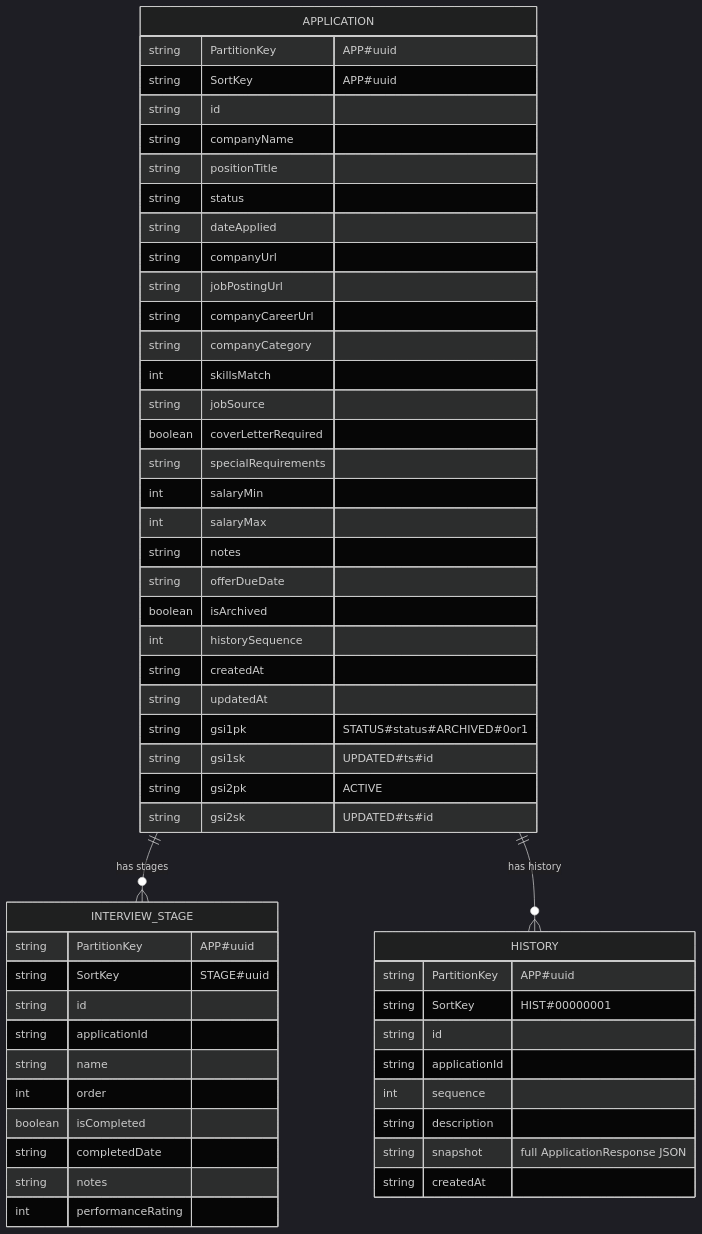
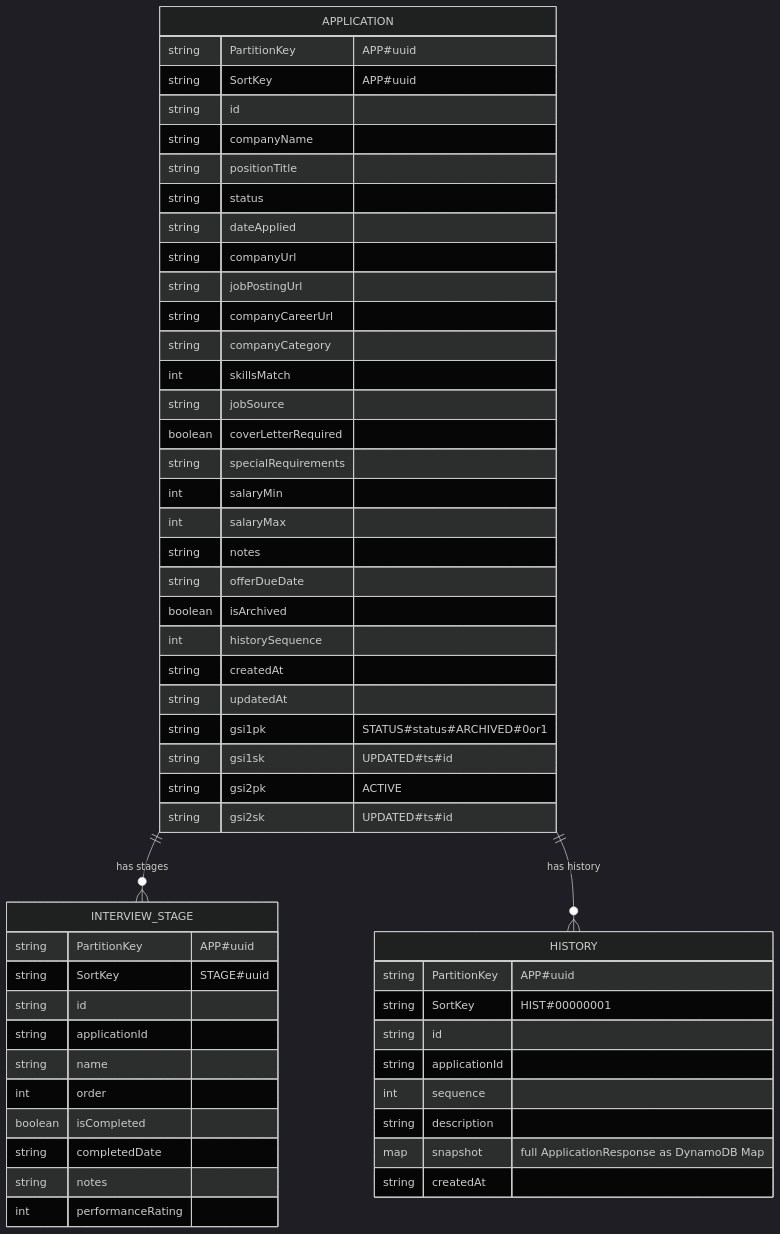
The diagram in docs/schema/lambda-api/README.md (WhatIfWeDigDeeper/application-tracker), drawn with Mermaid (dark theme) before and after one commit. The commit also changed other lines of this file and 1 other file, not shown here.

Commit message:
Address Copilot review feedback on lambda-api diagrams
- Use actual API wire values in api.mermaid enums: spaces for
  ApplicationStatus (e.g. "given offer"), hyphens for CompanyCategory
  (e.g. enterprise-software) and JobSource (e.g. company-website)
- Add ErrorDetail class to model the {field, message} shape of
  ErrorResponse.details, with ErrorResponse --> ErrorDetail relationship
- Revert snapshot attribute type from string to map in erDiagram,
  accurately reflecting DynamoDB Map storage
- Extend blockquote note to explain that 0or1 is a Mermaid-safe
  placeholder for 0|1 (pipe not allowed in quoted annotations)

````diff
--- a/docs/schema/lambda-api/README.md
+++ b/docs/schema/lambda-api/README.md
@@ -100,60 +100,60 @@
 ```mermaid
 erDiagram
 
 APPLICATION ||--o{ INTERVIEW_STAGE : "has stages"
 APPLICATION ||--o{ HISTORY : "has history"
 
 APPLICATION {
   string PartitionKey "APP#uuid"
   string SortKey "APP#uuid"
   string id
   string companyName
   string positionTitle
   string status
   string dateApplied
   string companyUrl
   string jobPostingUrl
   string companyCareerUrl
   string companyCategory
   int skillsMatch
   string jobSource
   boolean coverLetterRequired
   string specialRequirements
   int salaryMin
   int salaryMax
   string notes
   string offerDueDate
   boolean isArchived
   int historySequence
   string createdAt
   string updatedAt
   string gsi1pk "STATUS#status#ARCHIVED#0or1"
   string gsi1sk "UPDATED#ts#id"
   string gsi2pk "ACTIVE"
   string gsi2sk "UPDATED#ts#id"
 }
 
 INTERVIEW_STAGE {
   string PartitionKey "APP#uuid"
   string SortKey "STAGE#uuid"
   string id
   string applicationId
   string name
   int order
   boolean isCompleted
   string completedDate
   string notes
   int performanceRating
 }
 
 HISTORY {
   string PartitionKey "APP#uuid"
   string SortKey "HIST#00000001"
   string id
   string applicationId
   int sequence
   string description
-  string snapshot "full ApplicationResponse JSON"
+  map snapshot "full ApplicationResponse as DynamoDB Map"
   string createdAt
 }
 ```
````
